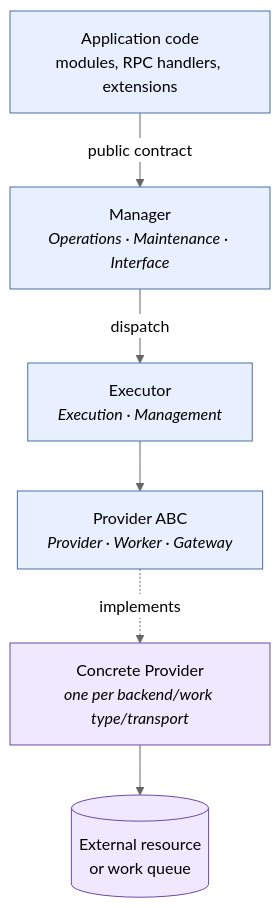
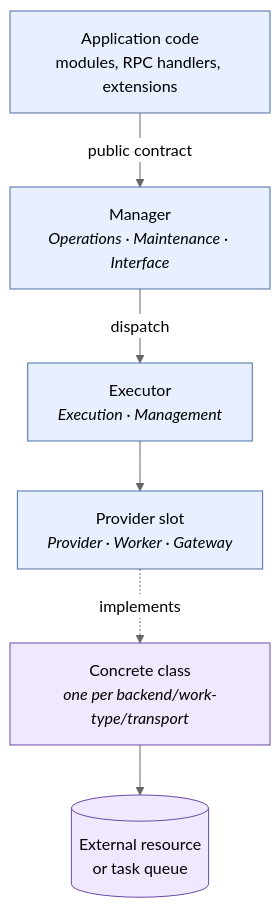
One commit to elide-us/elideus-group-unity changed the diagram in docs/kernel_architecture.md. Above: the diagram before and after it, drawn with Mermaid (neutral theme). The commit also changed other lines of this file and 2 other files, not shown here.

````diff
--- a/docs/kernel_architecture.md
+++ b/docs/kernel_architecture.md
@@ -228,21 +246,21 @@
 ```mermaid
 flowchart TB
   App[Application code<br/>modules, RPC handlers, extensions]
   Mgr[Manager<br/><i>Operations · Maintenance · Interface</i>]
   Exec[Executor<br/><i>Execution · Management</i>]
-  Contract[Provider ABC<br/><i>Provider · Worker · Gateway</i>]
-  Impl[Concrete Provider<br/><i>one per backend/work type/transport</i>]
-  Res[(External resource<br/>or work queue)]
+  Contract[Provider slot<br/><i>Provider · Worker · Gateway</i>]
+  Impl[Concrete class<br/><i>one per backend/work-type/transport</i>]
+  Res[(External resource<br/>or task queue)]
 
   App -->|public contract| Mgr
   Mgr -->|dispatch| Exec
   Exec --> Contract
   Contract -.implements.-> Impl
   Impl --> Res
 
   classDef agnostic fill:#e8f0ff,stroke:#4a6fa5,color:#000
   classDef specific fill:#f0e8ff,stroke:#6a4aa5,color:#000
 
   class App,Mgr,Exec,Contract agnostic
   class Impl,Res specific
 ```
````
